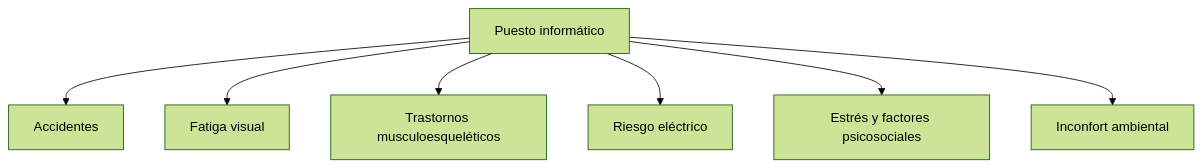
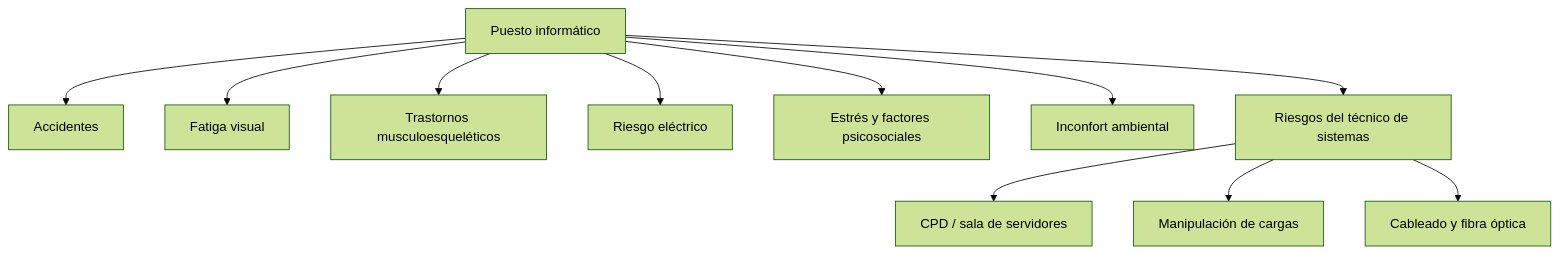
One commit to llano99/seguridad-trabajo-inform-tica changed the first of 3 diagrams in README.md. Above: the diagram before and after it, drawn with Mermaid (forest theme). The commit also changed other lines of this file, not shown here.

````diff
--- a/README.md
+++ b/README.md
@@ -39,9 +65,13 @@
 ```mermaid
 flowchart TD
     A[Puesto informático] --> B[Accidentes]
     A --> C[Fatiga visual]
     A --> D[Trastornos musculoesqueléticos]
     A --> E[Riesgo eléctrico]
     A --> F[Estrés y factores psicosociales]
     A --> G[Inconfort ambiental]
+    A --> H[Riesgos del técnico de sistemas]
+    H --> H1[CPD / sala de servidores]
+    H --> H2[Manipulación de cargas]
+    H --> H3[Cableado y fibra óptica]
 ```
````
